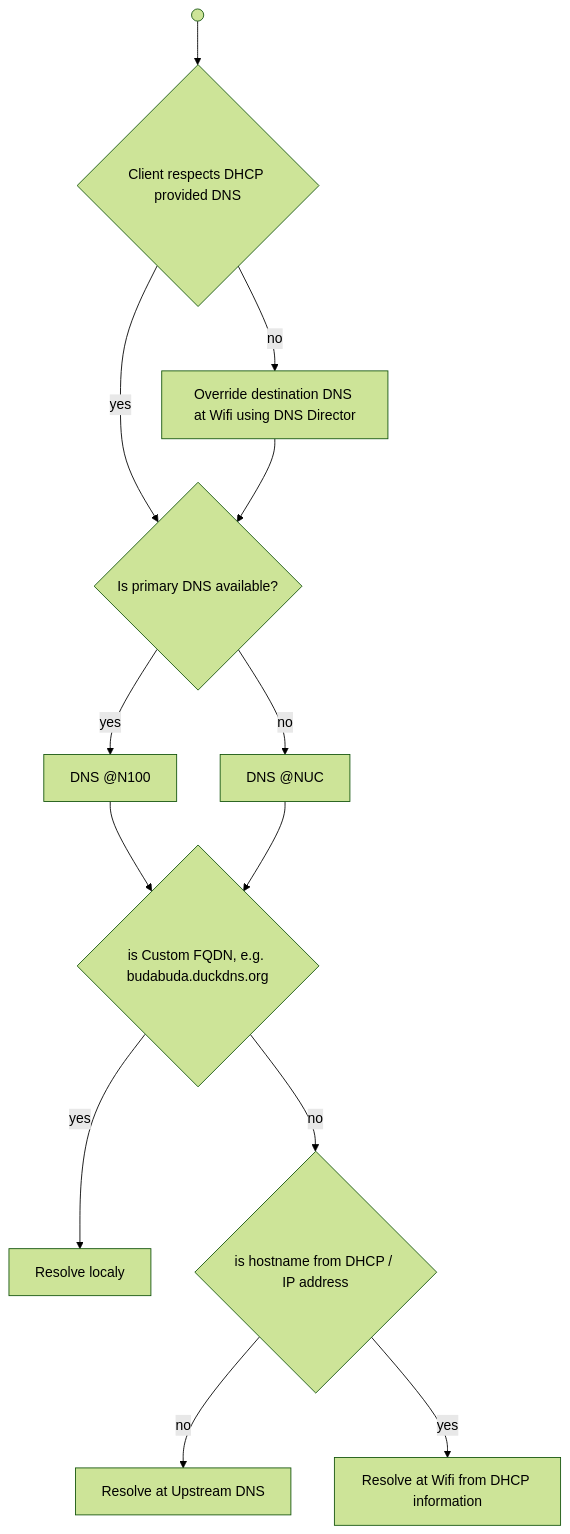
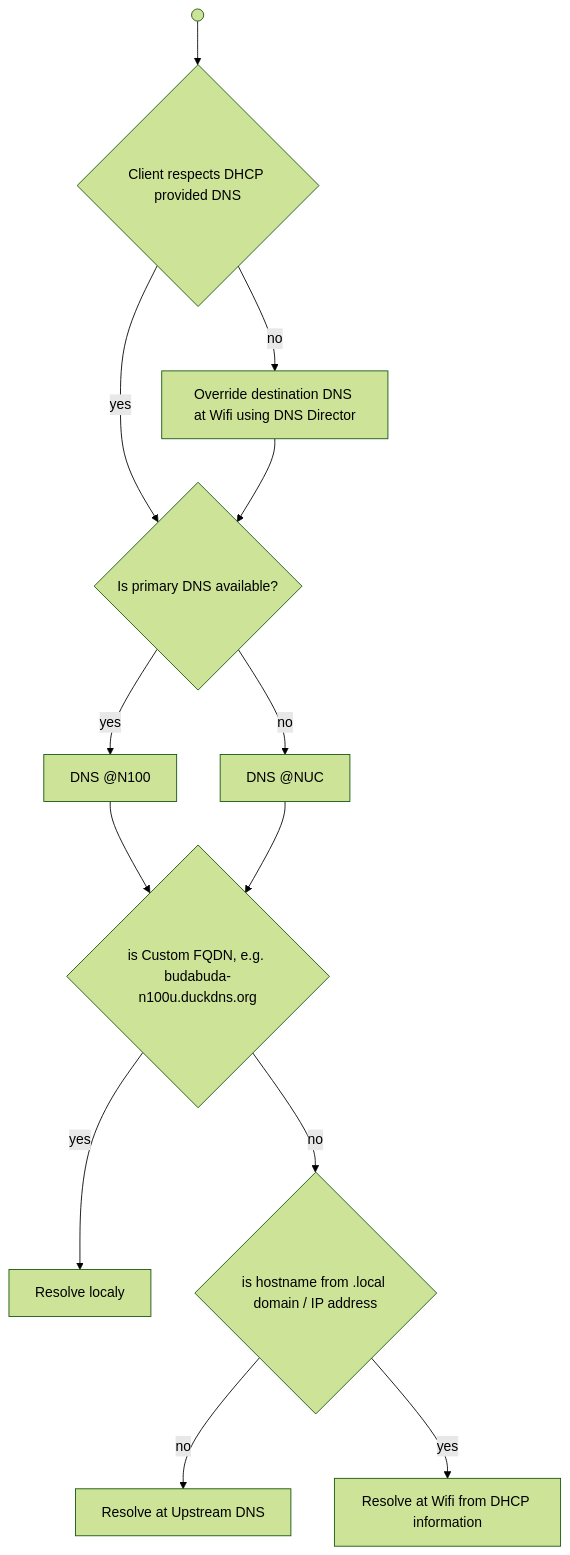
Before and after one commit to pstefka/smarthome: the fourth of 4 diagrams in README.md, drawn with Mermaid (forest theme). The commit also changed other lines of this file, not shown here.

````diff
--- a/README.md
+++ b/README.md
@@ -92,37 +92,37 @@
 ```mermaid
 flowchart TD
 
   START@{ shape: sm-circ, label: "Small start" }
   RESPECT{Client respects DHCP provided DNS}
   START --> RESPECT
 
   DNS12{Is primary DNS available?}
   RESPECT -- yes --> DNS12
 
   DNSD[Override destination DNS at Wifi using DNS Director]
   RESPECT -- no --> DNSD
   DNSD --> DNS12
 
   DNS1[DNS @N100]
   DNS12 -- yes --> DNS1
 
   DNS2[DNS @NUC]
   DNS12 -- no --> DNS2
   
-  CDNS{is Custom FQDN, e.g. budabuda.duckdns.org}
+  CDNS{is Custom FQDN, e.g. budabuda-n100u.duckdns.org}
   DNS1 --> CDNS
   DNS2 --> CDNS
 
   LRESOLVE[Resolve localy]
   CDNS -- yes --> LRESOLVE
 
   UDNS[Resolve at Upstream DNS]
 
 
-  DHCPDNS{is hostname from DHCP / IP address}
+  DHCPDNS{is hostname from .local domain / IP address}
   CDNS -- no --> DHCPDNS
   DHCPDNS -- no --> UDNS
 
   WRESOLVE[Resolve at Wifi from DHCP information]
   DHCPDNS -- yes --> WRESOLVE
 ```
````
